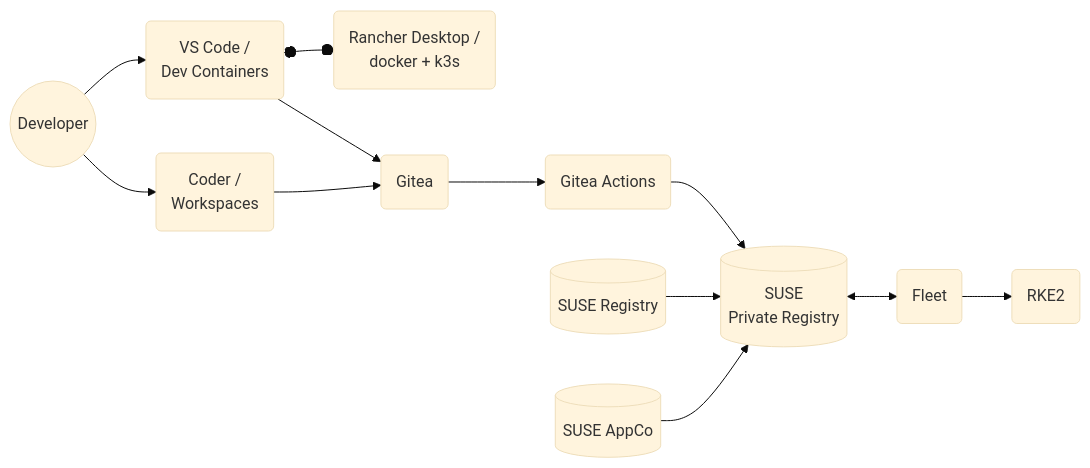
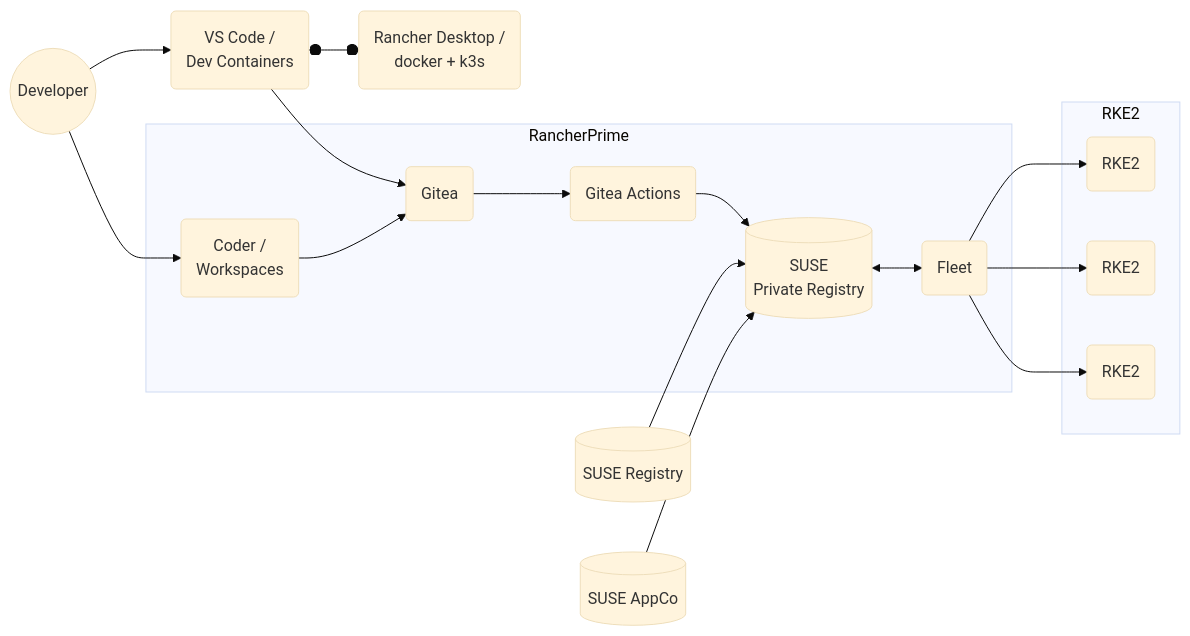
The first of 4 diagrams in docs/docs/gitops-overview.md (rancher/devx-designs), drawn with Mermaid (base theme) before and after one commit. The commit also changed 1 other file, not shown here.

Commit message:
Add detail to overview diagram.

````diff
--- a/docs/docs/gitops-overview.md
+++ b/docs/docs/gitops-overview.md
@@ -13,27 +13,34 @@
 ```mermaid
 flowchart LR
+
     Dev((Developer))
     --> VSC("VS Code /
     Dev Containers") 
     o--o RD("Rancher Desktop / 
             docker + k3s")
     VSC --> GT("Gitea")
-        --> GHA(Gitea Actions)
+        Dev --> CD("Coder /
+        Workspaces") 
+    subgraph RancherPrime
+        CD --> GT --> GHA(Gitea Actions)
         --> SPR[("SUSE 
         Private Registry")] <--> FLT(Fleet)
-        --> RKE2(RKE2)
+    end
+        subgraph RKE2
+            FLT --> NODE1(RKE2)
+            FLT --> NODE2(RKE2)
+            FLT --> NODE3(RKE2)
+        end
 
-    Dev --> CD("Coder /
-    Workspaces") --> GT
 
     %% VSC --> GH("Github")
     %% CD --> GH
     %% GH --> GHA
 
     %% VSC --> GL("Gitlab")
     %% CD --> GL
     %% GL --> GHA
 
     BCI[(SUSE Registry)] --> SPR
     AC[(SUSE AppCo)] --> SPR
 ```
````
